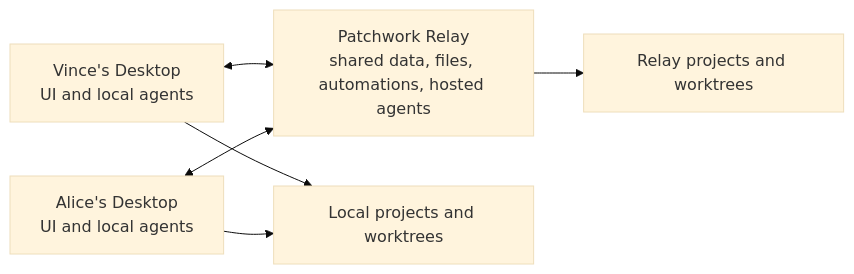
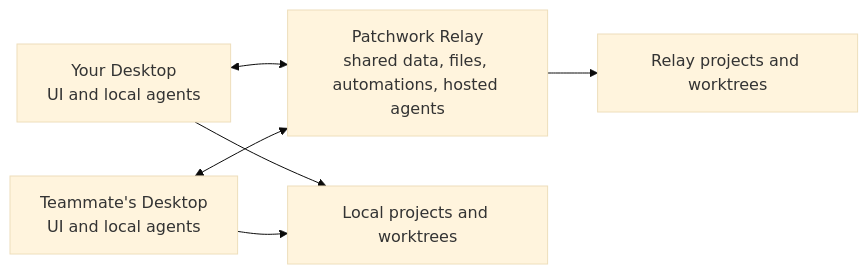
The diagram in README.md (vincelwt/patchwork), drawn with Mermaid (base theme) before and after one commit. The commit also changed other lines of this file and 7 other files, not shown here.

````diff
--- a/README.md
+++ b/README.md
@@ -26,14 +99,14 @@
 ```mermaid
 flowchart LR
-    DesktopA["Vince's Desktop<br/>UI and local agents"]
-    DesktopB["Alice's Desktop<br/>UI and local agents"]
+    DesktopA["Your Desktop<br/>UI and local agents"]
+    DesktopB["Teammate's Desktop<br/>UI and local agents"]
     Relay["Patchwork Relay<br/>shared data, files, automations, hosted agents"]
     LocalWork["Local projects and worktrees"]
     HostedWork["Relay projects and worktrees"]
 
     DesktopA <--> Relay
     DesktopB <--> Relay
     DesktopA --> LocalWork
     DesktopB --> LocalWork
     Relay --> HostedWork
 ```
````
